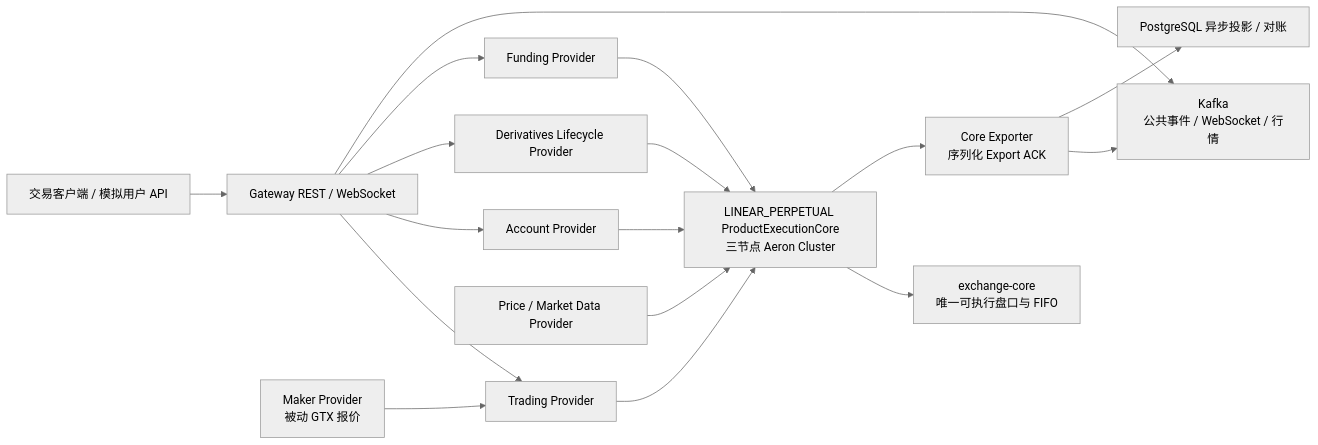
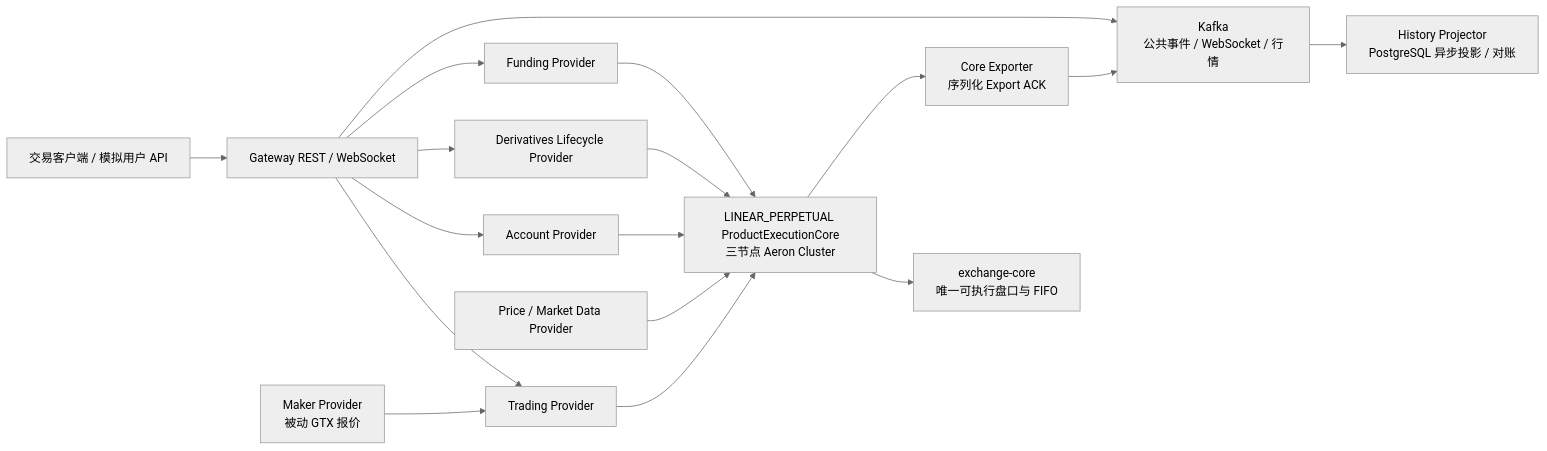
The first of 2 diagrams in README.md (lilaizhencn/surprising-ex), drawn with Mermaid (neutral theme) before and after one commit. The commit also changed other lines of this file, not shown here.

````diff
--- a/README.md
+++ b/README.md
@@ -104,20 +105,20 @@
 ```mermaid
 flowchart LR
     Client[交易客户端 / 模拟用户 API] --> Gateway[Gateway REST / WebSocket]
     Gateway --> Trading[Trading Provider]
     Gateway --> Account[Account Provider]
     Gateway --> Risk[Derivatives Lifecycle Provider]
     Gateway --> Funding[Funding Provider]
 
     Trading --> Core[LINEAR_PERPETUAL ProductExecutionCore<br/>三节点 Aeron Cluster]
     Account --> Core
     Risk --> Core
     Funding --> Core
     Core --> Matcher[exchange-core<br/>唯一可执行盘口与 FIFO]
     Core --> Exporter[Core Exporter<br/>序列化 Export ACK]
     Exporter --> Kafka[Kafka<br/>公共事件 / WebSocket / 行情]
-    Exporter --> Projection[PostgreSQL 异步投影 / 对账]
+    Kafka --> Projection[History Projector<br/>PostgreSQL 异步投影 / 对账]
     Market[Price / Market Data Provider] --> Core
     Maker[Maker Provider<br/>被动 GTX 报价] --> Trading
     Gateway --> Kafka
 ```
````
